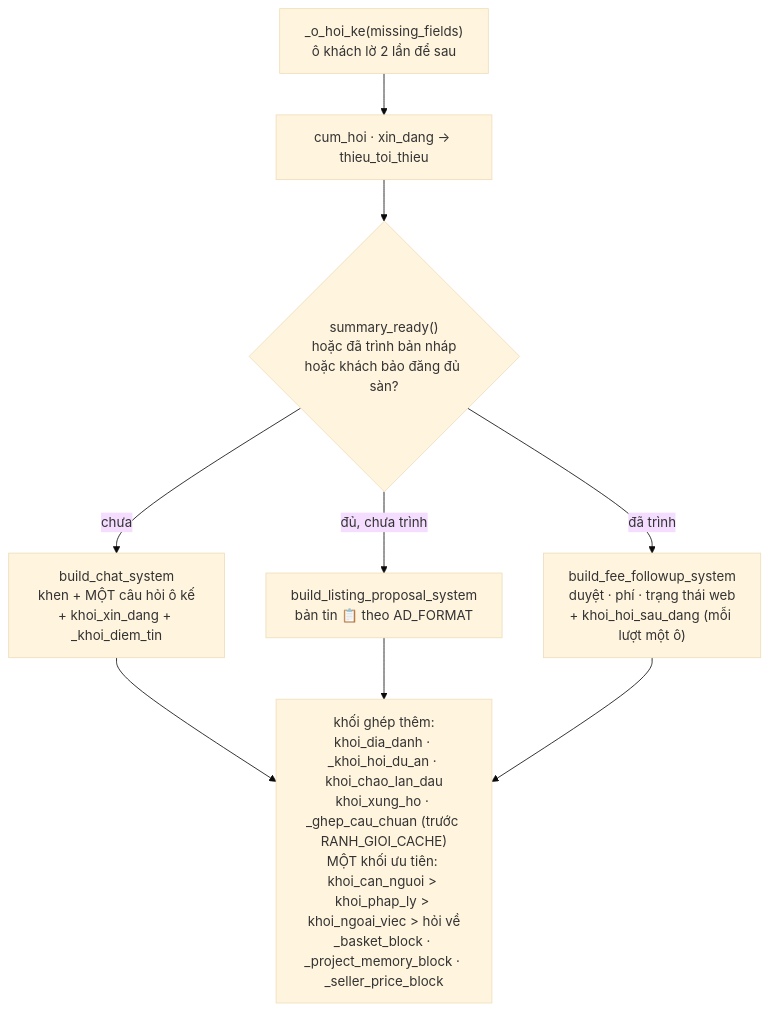
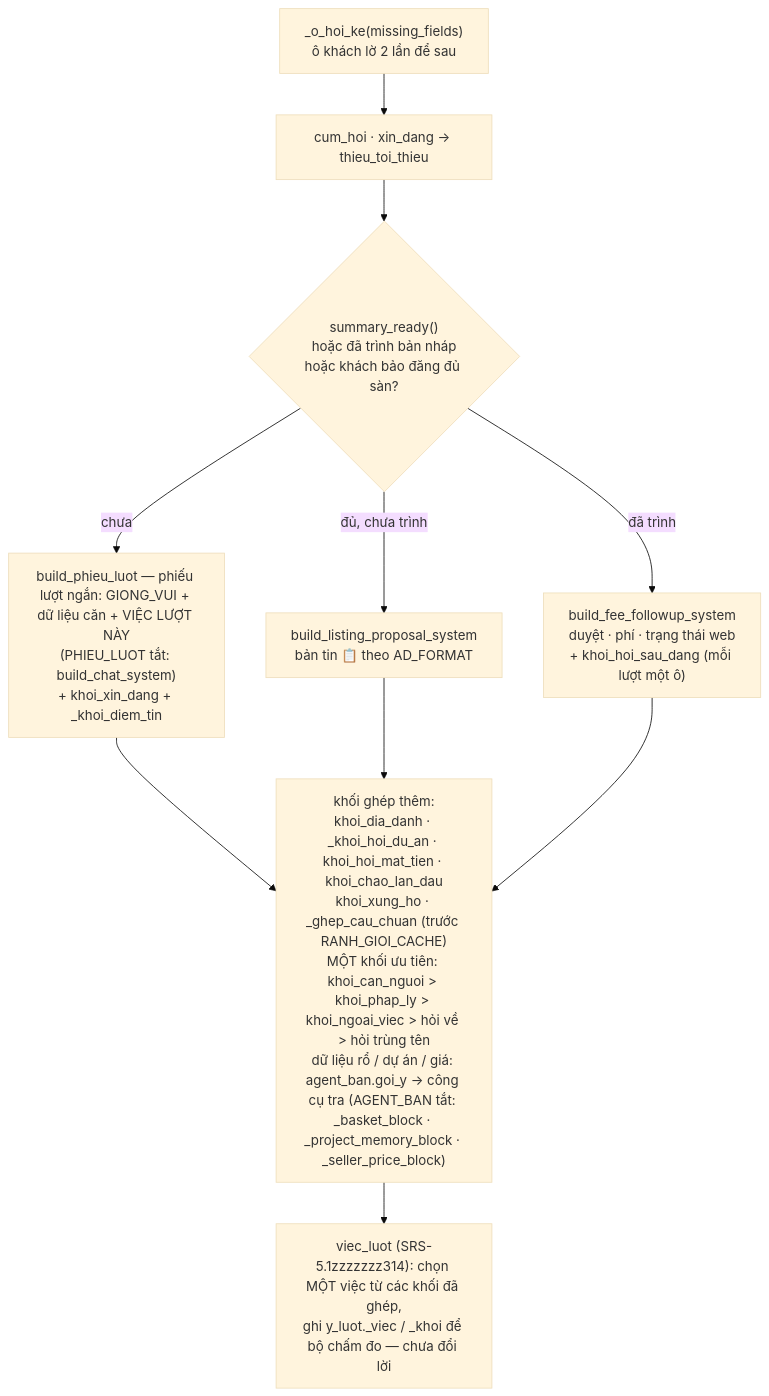
Before and after one commit to quang507/AOND: the third of 4 diagrams in docs/13-so-do-nhan-va-boc-tach.md, drawn with Mermaid (base theme). The commit also changed other lines of this file and 12 other files, not shown here.

First line of the commit message:
Ẩn danh dữ liệu khách thật; dọn docs lệch code; viec_luot không chặn lượt trả lời; quyết định chủ dự án 31/10–01/11 (SRS-315)

````diff
--- a/docs/13-so-do-nhan-va-boc-tach.md
+++ b/docs/13-so-do-nhan-va-boc-tach.md
@@ -78,9 +82,10 @@
 ```mermaid
 flowchart TD
   S0["_o_hoi_ke(missing_fields)<br/>ô khách lờ 2 lần để sau"] --> S1["cum_hoi · xin_dang → thieu_toi_thieu"]
   S1 --> S2{"summary_ready()<br/>hoặc đã trình bản nháp<br/>hoặc khách bảo đăng đủ sàn?"}
-  S2 -->|chưa| C1["build_chat_system<br/>khen + MỘT câu hỏi ô kế<br/>+ khoi_xin_dang + _khoi_diem_tin"]
+  S2 -->|chưa| C1["build_phieu_luot — phiếu lượt ngắn: GIONG_VUI + dữ liệu căn + VIỆC LƯỢT NÀY<br/>(PHIEU_LUOT tắt: build_chat_system)<br/>+ khoi_xin_dang + _khoi_diem_tin"]
   S2 -->|"đủ, chưa trình"| C2["build_listing_proposal_system<br/>bản tin 📋 theo AD_FORMAT"]
   S2 -->|"đã trình"| C3["build_fee_followup_system<br/>duyệt · phí · trạng thái web<br/>+ khoi_hoi_sau_dang (mỗi lượt một ô)"]
-  C1 & C2 & C3 --> K["khối ghép thêm:<br/>khoi_dia_danh · _khoi_hoi_du_an · khoi_chao_lan_dau<br/>khoi_xung_ho · _ghep_cau_chuan (trước RANH_GIOI_CACHE)<br/>MỘT khối ưu tiên: khoi_can_nguoi > khoi_phap_ly > khoi_ngoai_viec > hỏi về<br/>_basket_block · _project_memory_block · _seller_price_block"]
+  C1 & C2 & C3 --> K["khối ghép thêm:<br/>khoi_dia_danh · _khoi_hoi_du_an · khoi_hoi_mat_tien · khoi_chao_lan_dau<br/>khoi_xung_ho · _ghep_cau_chuan (trước RANH_GIOI_CACHE)<br/>MỘT khối ưu tiên: khoi_can_nguoi > khoi_phap_ly > khoi_ngoai_viec > hỏi về > hỏi trùng tên<br/>dữ liệu rổ / dự án / giá: agent_ban.goi_y → công cụ tra (AGENT_BAN tắt: _basket_block · _project_memory_block · _seller_price_block)"]
+  K --> V["viec_luot (SRS-5.1zzzzzzz314): chọn MỘT việc từ các khối đã ghép,<br/>ghi y_luot._viec / _khoi để bộ chấm đo — chưa đổi lời"]
 ```
````
